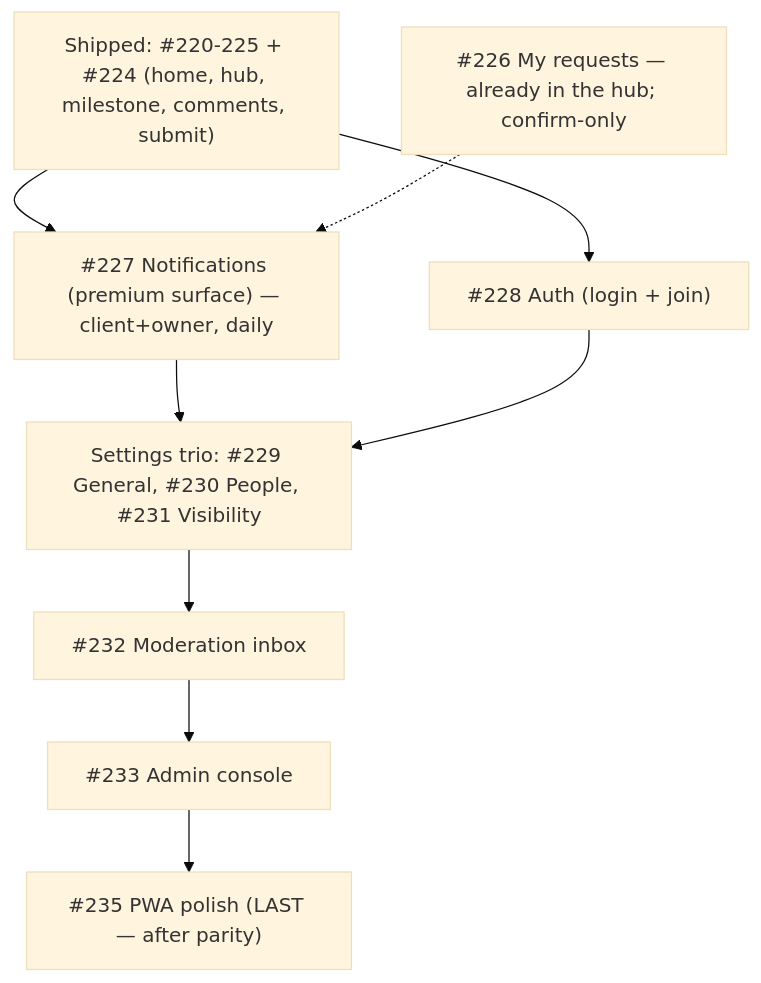
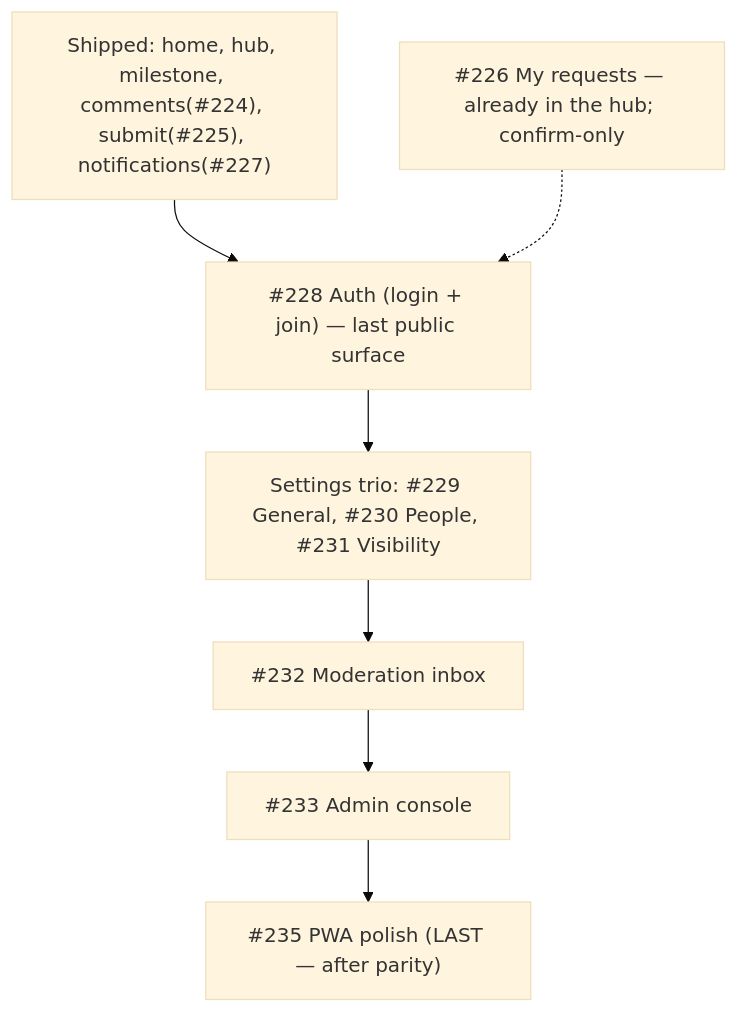
The diagram in docs/audits/milestone-12-audit.md (zestones/vista), drawn with Mermaid (base theme) before and after one commit. The commit also changed other lines of this file, not shown here.

Commit message:
docs: refresh milestone #12 audit after #224/#227 (next: #228)

````diff
--- a/docs/audits/milestone-12-audit.md
+++ b/docs/audits/milestone-12-audit.md
@@ -36,12 +35,10 @@
 ```mermaid
 flowchart TD
-  Done["Shipped: #220-225 + #224 (home, hub, milestone, comments, submit)"]
-  Done --> N["#227 Notifications (premium surface) — client+owner, daily"]
-  Done --> A["#228 Auth (login + join)"]
-  N --> S["Settings trio: #229 General, #230 People, #231 Visibility"]
-  A --> S
+  Done["Shipped: home, hub, milestone, comments(#224), submit(#225), notifications(#227)"]
+  Done --> A["#228 Auth (login + join) — last public surface"]
+  A --> S["Settings trio: #229 General, #230 People, #231 Visibility"]
   S --> MOD["#232 Moderation inbox"]
   MOD --> ADM["#233 Admin console"]
   ADM --> PWA["#235 PWA polish (LAST — after parity)"]
-  P226["#226 My requests — already in the hub; confirm-only"] -.-> N
+  P226["#226 My requests — already in the hub; confirm-only"] -.-> A
 ```
````
